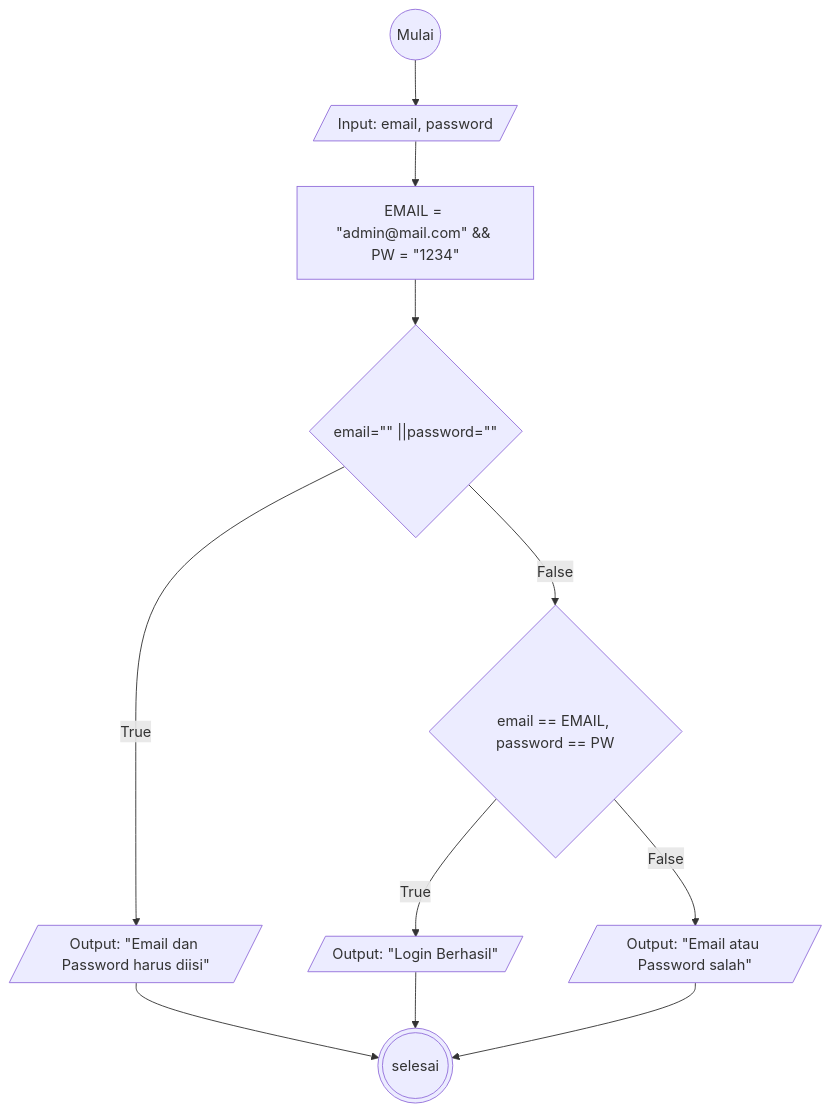
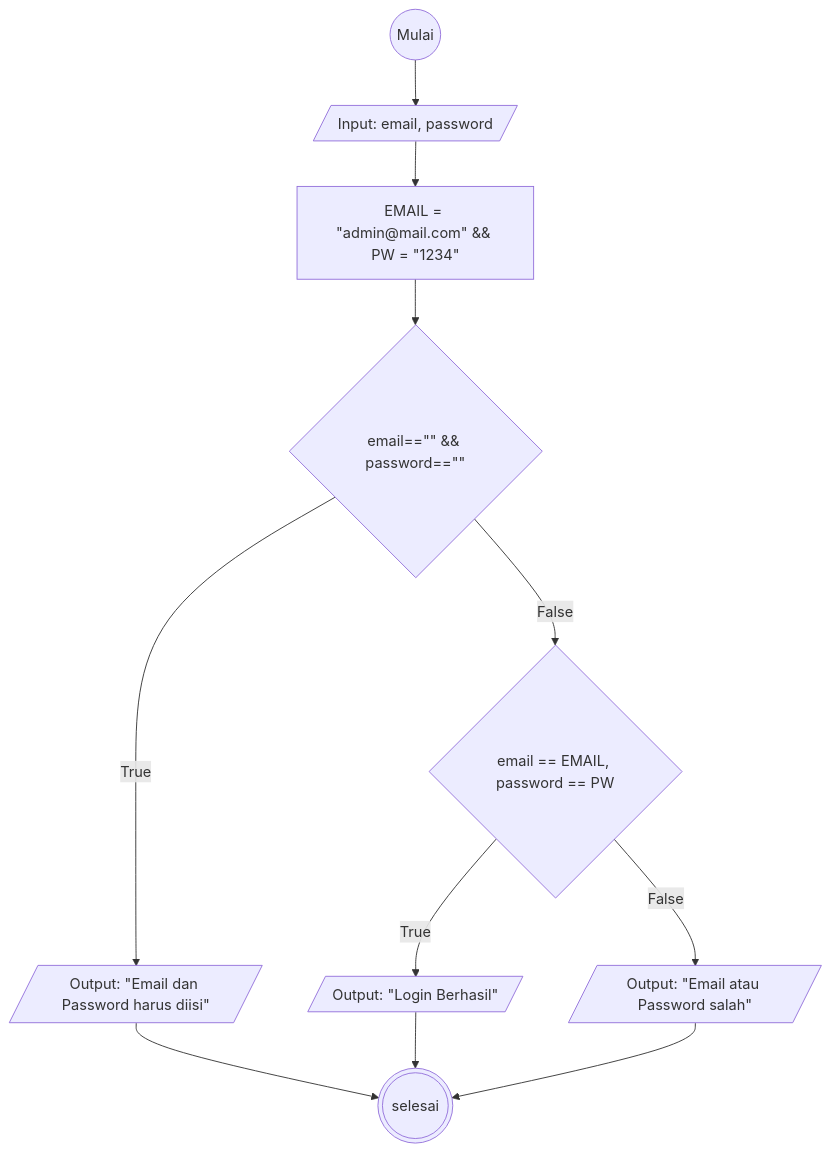
One commit to alhilalfathi/koda-b6-algoritma changed the diagram in flowchart-email-password.md. Above: the diagram before and after it, drawn with Mermaid.

````diff
--- a/flowchart-email-password.md
+++ b/flowchart-email-password.md
@@ -1,18 +1,18 @@
 ```mermaid
 flowchart TD
     mulai@{ shape: circle, label: "Mulai"}
     input@{ shape: lean-r, label: "Input: email, password"}
     data@{ label: "EMAIL = #quot;admin@mail.com#quot; && PW = #quot;1234#quot;"}
-    if1@{ shape: diamond, label: "email=#quot;#quot; ||password=#quot;#quot;"}
+    if1@{ shape: diamond, label: "email==#quot;#quot; && password==#quot;#quot;"}
     flse1@{ shape: lean-r, label: "Output: #quot;Email dan Password harus diisi#quot;"}
     true1@{ shape: diamond, label: "email == EMAIL, password == PW"}
     true2@{ shape: lean-r, label: "Output: #quot;Login Berhasil#quot;"}
     flse2@{ shape: lean-r, label: "Output: #quot;Email atau Password salah#quot;"}
     selesai@{ shape: dbl-circ}
     
     mulai-->input-->data-->
     if1--True-->flse1-->selesai
     if1--False-->true1--True-->true2-->selesai
     true1--False-->flse2-->selesai
     
 ```
````
